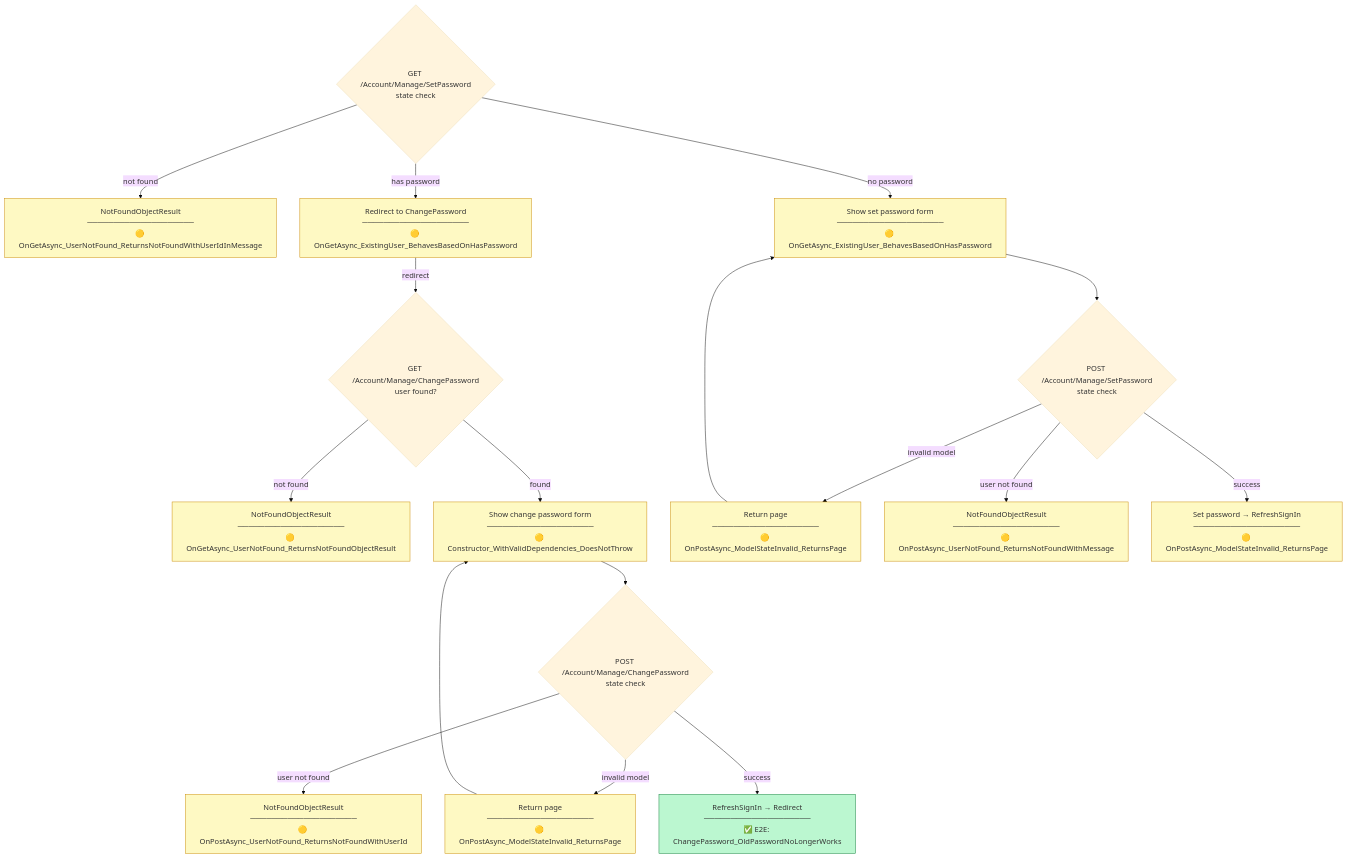
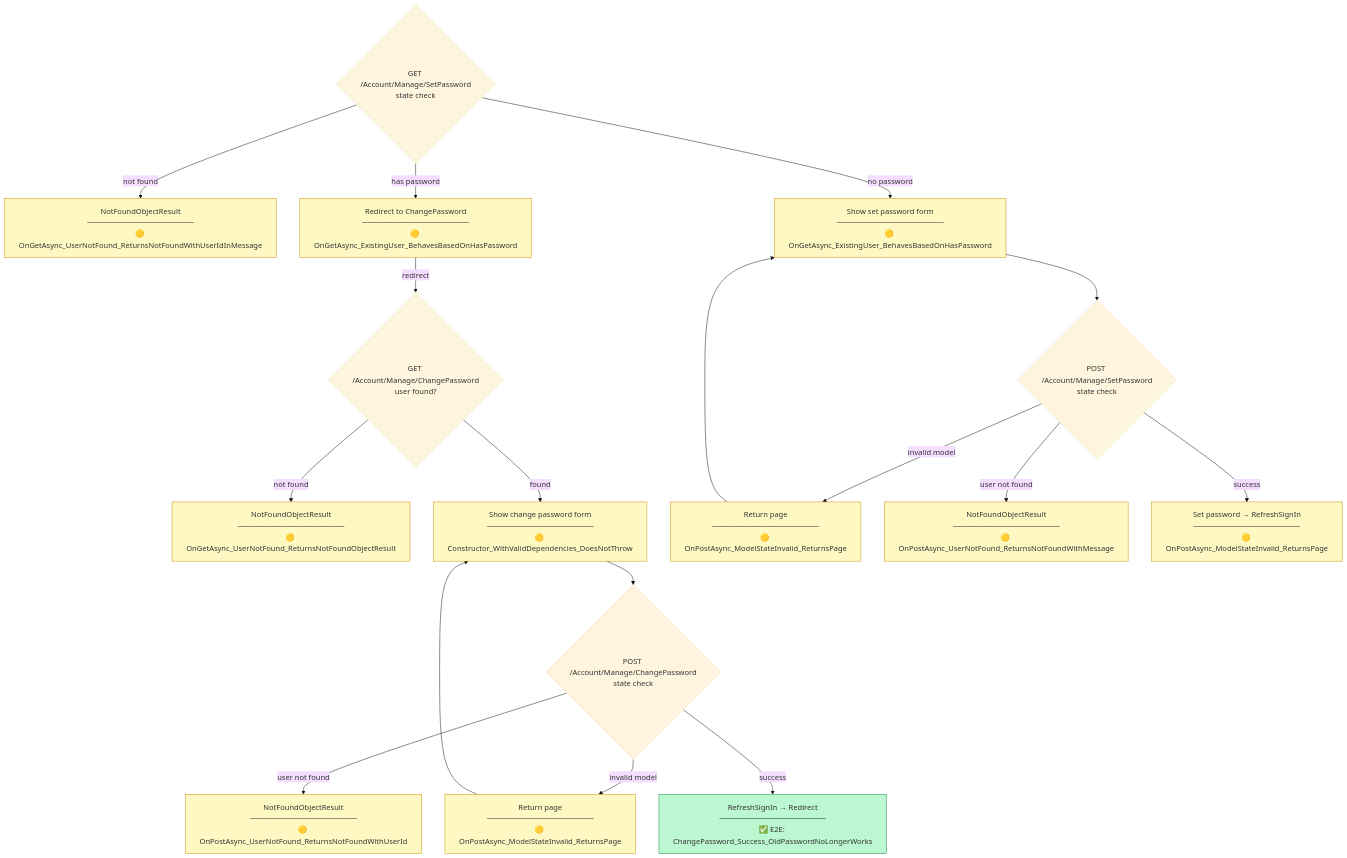
One commit to crgolden/Identity changed the tenth of 16 diagrams in TESTING.md. Above: the diagram before and after it, drawn with Mermaid (base theme). The commit also changed other lines of this file and 54 other files, not shown here.

````diff
--- a/TESTING.md
+++ b/TESTING.md
@@ -756,53 +756,53 @@
 ```mermaid
 flowchart TD
     classDef covered fill:#bbf7d0,stroke:#15803d
     classDef unitOnly fill:#fef9c3,stroke:#ca8a04
     classDef partial fill:#fed7aa,stroke:#ea580c
 
     ChangePwdGET{"GET /Account/Manage/ChangePassword\nuser found?"}
 
     ChangePwdNotFound["NotFoundObjectResult\n────────────────────\n🟡 OnGetAsync_UserNotFound_ReturnsNotFoundObjectResult"]:::unitOnly
 
     ChangePwdForm["Show change password form\n────────────────────\n🟡 Constructor_WithValidDependencies_DoesNotThrow"]:::unitOnly
 
     ChangePwdPOST{"POST /Account/Manage/ChangePassword\nstate check"}
 
     ChangePwdInvalid["Return page\n────────────────────\n🟡 OnPostAsync_ModelStateInvalid_ReturnsPage"]:::unitOnly
 
     ChangePwdUserNotFound["NotFoundObjectResult\n────────────────────\n🟡 OnPostAsync_UserNotFound_ReturnsNotFoundWithUserId"]:::unitOnly
 
-    ChangePwdSuccess["RefreshSignIn → Redirect\n────────────────────\n✅ E2E: ChangePassword_OldPasswordNoLongerWorks"]:::covered
+    ChangePwdSuccess["RefreshSignIn → Redirect\n────────────────────\n✅ E2E: ChangePassword_Success_OldPasswordNoLongerWorks"]:::covered
 
     SetPwdGET{"GET /Account/Manage/SetPassword\nstate check"}
 
     SetPwdNotFound["NotFoundObjectResult\n────────────────────\n🟡 OnGetAsync_UserNotFound_ReturnsNotFoundWithUserIdInMessage"]:::unitOnly
 
     SetPwdHasPwd["Redirect to ChangePassword\n────────────────────\n🟡 OnGetAsync_ExistingUser_BehavesBasedOnHasPassword"]:::unitOnly
 
     SetPwdForm["Show set password form\n────────────────────\n🟡 OnGetAsync_ExistingUser_BehavesBasedOnHasPassword"]:::unitOnly
 
     SetPwdPOST{"POST /Account/Manage/SetPassword\nstate check"}
 
     SetPwdInvalid["Return page\n────────────────────\n🟡 OnPostAsync_ModelStateInvalid_ReturnsPage"]:::unitOnly
 
     SetPwdNotFoundPost["NotFoundObjectResult\n────────────────────\n🟡 OnPostAsync_UserNotFound_ReturnsNotFoundWithMessage"]:::unitOnly
 
     SetPwdSuccess["Set password → RefreshSignIn\n────────────────────\n🟡 OnPostAsync_ModelStateInvalid_ReturnsPage"]:::unitOnly
 
     ChangePwdGET -->|"not found"| ChangePwdNotFound
     ChangePwdGET -->|"found"| ChangePwdForm
     ChangePwdForm --> ChangePwdPOST
     ChangePwdPOST -->|"invalid model"| ChangePwdInvalid
     ChangePwdInvalid --> ChangePwdForm
     ChangePwdPOST -->|"user not found"| ChangePwdUserNotFound
     ChangePwdPOST -->|"success"| ChangePwdSuccess
     SetPwdGET -->|"not found"| SetPwdNotFound
     SetPwdGET -->|"has password"| SetPwdHasPwd
     SetPwdHasPwd -->|"redirect"| ChangePwdGET
     SetPwdGET -->|"no password"| SetPwdForm
     SetPwdForm --> SetPwdPOST
     SetPwdPOST -->|"invalid model"| SetPwdInvalid
     SetPwdInvalid --> SetPwdForm
     SetPwdPOST -->|"user not found"| SetPwdNotFoundPost
     SetPwdPOST -->|"success"| SetPwdSuccess
 ```
````
